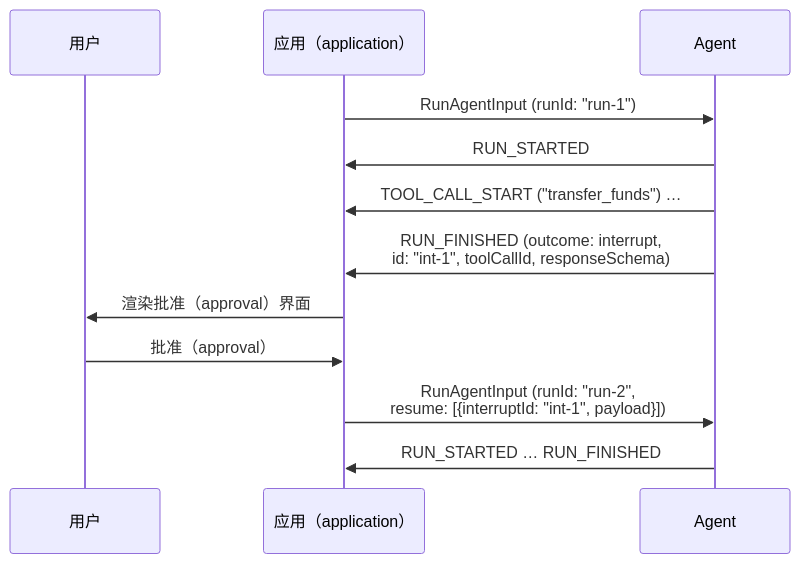
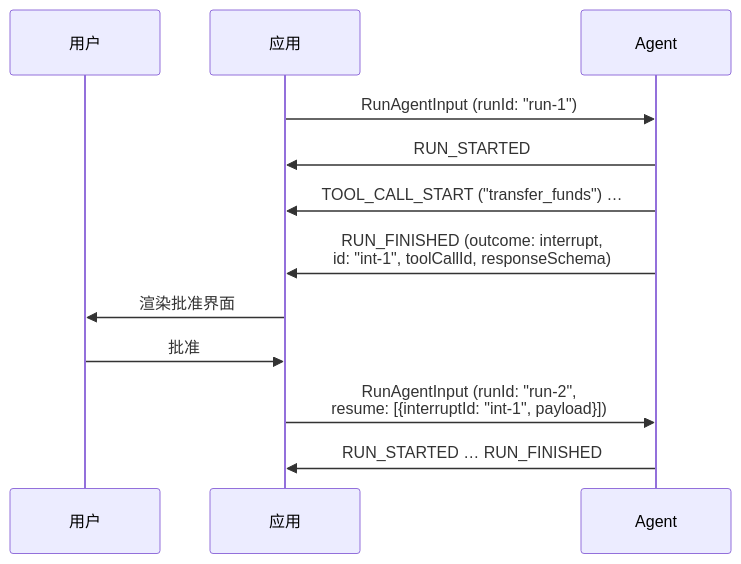
One commit to JilongSun/ag-ui-docs-zh changed the diagram in content/zh/spec/1.0/basic/patterns/interrupt-resume.md. Above: the diagram before and after it, drawn with Mermaid. The commit also changed other lines of this file and 46 other files, not shown here.

````diff
--- a/content/zh/spec/1.0/basic/patterns/interrupt-resume.md
+++ b/content/zh/spec/1.0/basic/patterns/interrupt-resume.md
@@ -40,15 +40,15 @@
 ```mermaid
 sequenceDiagram
     participant User as 用户
-    participant Application as 应用（application）
+    participant Application as 应用
     participant Agent
 
     Application->>Agent: RunAgentInput (runId: "run-1")
     Agent->>Application: RUN_STARTED
     Agent->>Application: TOOL_CALL_START ("transfer_funds") …
     Agent->>Application: RUN_FINISHED (outcome: interrupt,<br/>id: "int-1", toolCallId, responseSchema)
-    Application->>User: 渲染批准（approval）界面
-    User->>Application: 批准（approval）
+    Application->>User: 渲染批准界面
+    User->>Application: 批准
     Application->>Agent: RunAgentInput (runId: "run-2",<br/>resume: [{interruptId: "int-1", payload}])
     Agent->>Application: RUN_STARTED … RUN_FINISHED
 ```
````
